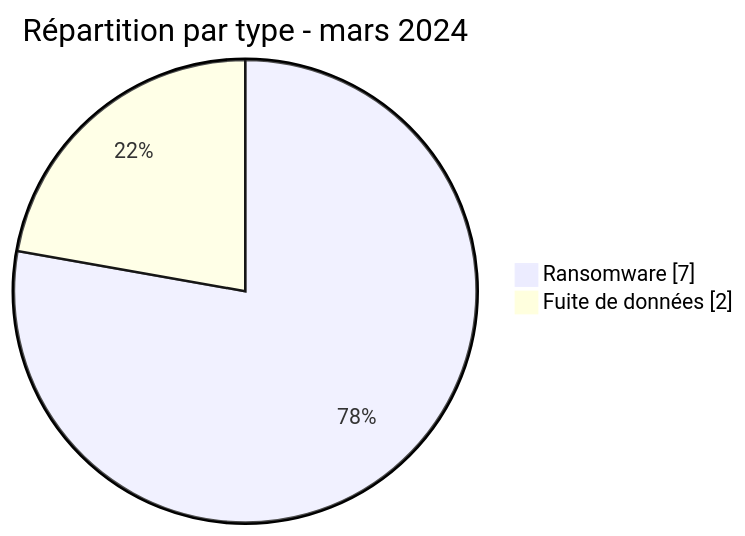
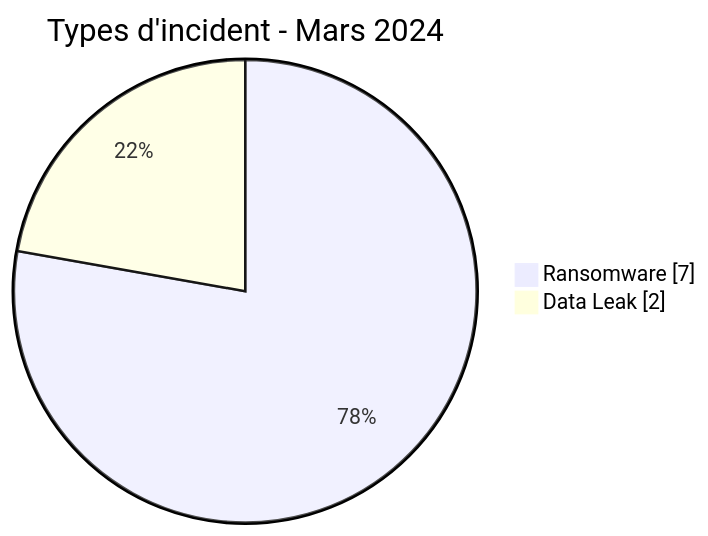
One commit to Hatchepsoute/AFRINTEL changed the first of 3 diagrams in CyberAttackAfrica/2024/03-march/README_FR.md. Above: the diagram before and after it, drawn with Mermaid. The commit also changed other lines of this file and 60 other files, not shown here.

````diff
--- a/CyberAttackAfrica/2024/03-march/README_FR.md
+++ b/CyberAttackAfrica/2024/03-march/README_FR.md
@@ -54,6 +53,6 @@
 ```mermaid
 pie showData
-    title Répartition par type - mars 2024
+    title Types d'incident - Mars 2024
     "Ransomware" : 7
-    "Fuite de données" : 2
+    "Data Leak" : 2
 ```
````
